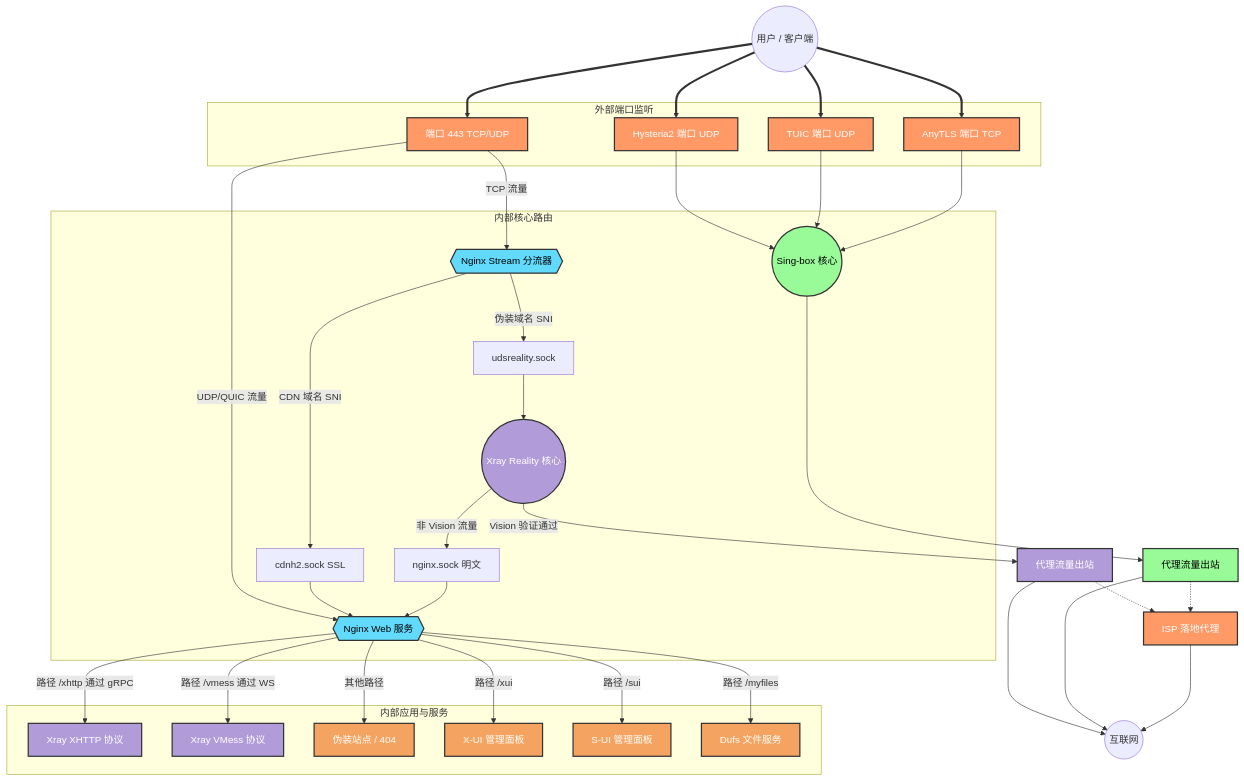
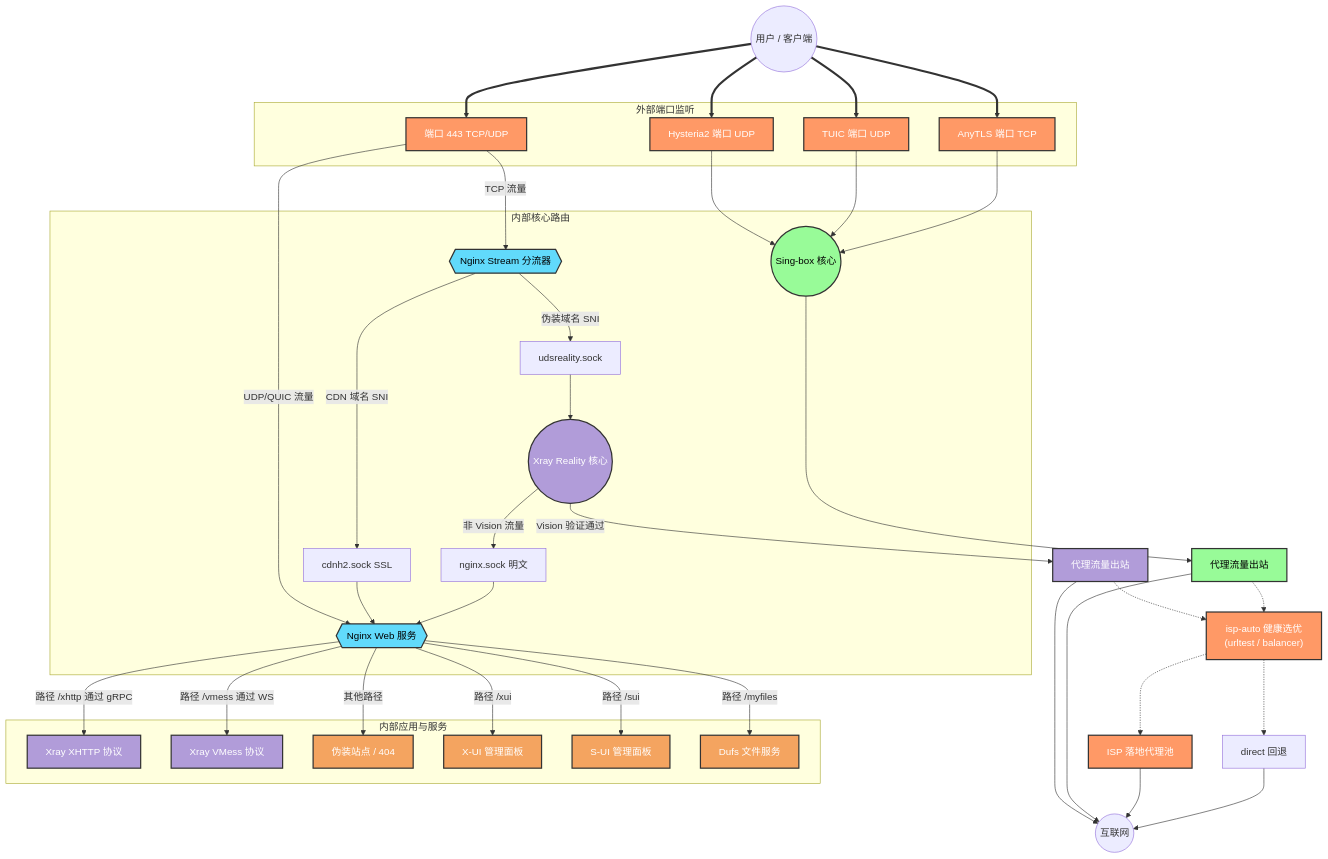
Before and after one commit to currycan/key: the first of 11 diagrams in docker/sb-xray/docs/01-architecture-and-traffic.md, drawn with Mermaid. The commit also changed other lines of this file and 6 other files, not shown here.

````diff
--- a/docker/sb-xray/docs/01-architecture-and-traffic.md
+++ b/docker/sb-xray/docs/01-architecture-and-traffic.md
@@ -47,69 +47,72 @@
 ```mermaid
 graph TD
     classDef entry fill:#f96,stroke:#333,stroke-width:2px,color:white
     classDef nginx fill:#61dafb,stroke:#333,stroke-width:2px,color:black
     classDef xray fill:#b19cd9,stroke:#333,stroke-width:2px,color:white
     classDef sing fill:#98fb98,stroke:#333,stroke-width:2px,color:black
     classDef app fill:#f4a460,stroke:#333,stroke-width:2px,color:white
 
     User((用户 / 客户端))
 
     subgraph 外部端口监听
         P443["端口 443 TCP/UDP"]:::entry
         PHysteria["Hysteria2 端口 UDP"]:::entry
         PTuic["TUIC 端口 UDP"]:::entry
         PAnyTLS["AnyTLS 端口 TCP"]:::entry
     end
 
     User ==> P443
     User ==> PHysteria
     User ==> PTuic
     User ==> PAnyTLS
 
     subgraph 内部核心路由
         NginxStream{{"Nginx Stream 分流器"}}:::nginx
         NginxWeb{{"Nginx Web 服务"}}:::nginx
         XrayReality(("Xray Reality 核心")):::xray
         SingBox(("Sing-box 核心")):::sing
         UDS_Reality["udsreality.sock"]
         UDS_CDN["cdnh2.sock SSL"]
         UDS_Nginx["nginx.sock 明文"]
     end
 
     P443 -- TCP 流量 --> NginxStream
     P443 -- UDP/QUIC 流量 --> NginxWeb
 
     NginxStream -- "伪装域名 SNI" --> UDS_Reality --> XrayReality
     NginxStream -- "CDN 域名 SNI" --> UDS_CDN --> NginxWeb
 
     XrayReality -- "Vision 验证通过" --> ProxyOut1["代理流量出站"]:::xray
     XrayReality -- "非 Vision 流量" --> UDS_Nginx
     UDS_Nginx --> NginxWeb
 
     PHysteria --> SingBox
     PTuic --> SingBox
     PAnyTLS --> SingBox
     SingBox --> ProxyOut2["代理流量出站"]:::sing
 
-    ProxyOut1 -.-> ISP["ISP 落地代理"]:::entry
-    ProxyOut2 -.-> ISP
+    ProxyOut1 -.-> ISPAuto["isp-auto 健康选优\n(urltest / balancer)"]:::entry
+    ProxyOut2 -.-> ISPAuto
+    ISPAuto -.-> ISP["ISP 落地代理池"]:::entry
+    ISPAuto -.-> DirectFB["direct 回退"]
     ProxyOut1 --> Internet((互联网))
     ProxyOut2 --> Internet
     ISP --> Internet
+    DirectFB --> Internet
 
     subgraph 内部应用与服务
         AppXHTTP["Xray XHTTP 协议"]:::xray
         AppVMess["Xray VMess 协议"]:::xray
         AppWeb["伪装站点 / 404"]:::app
         AppXUI["X-UI 管理面板"]:::app
         AppSUI["S-UI 管理面板"]:::app
         AppFiles["Dufs 文件服务"]:::app
     end
 
     NginxWeb -- "路径 /xhttp 通过 gRPC" --> AppXHTTP
     NginxWeb -- "路径 /vmess 通过 WS" --> AppVMess
     NginxWeb -- "路径 /xui" --> AppXUI
     NginxWeb -- "路径 /sui" --> AppSUI
     NginxWeb -- "路径 /myfiles" --> AppFiles
     NginxWeb -- "其他路径" --> AppWeb
 ```
````
